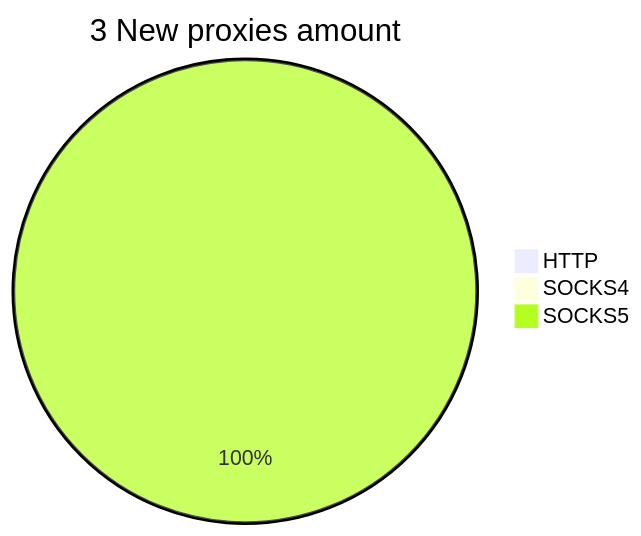
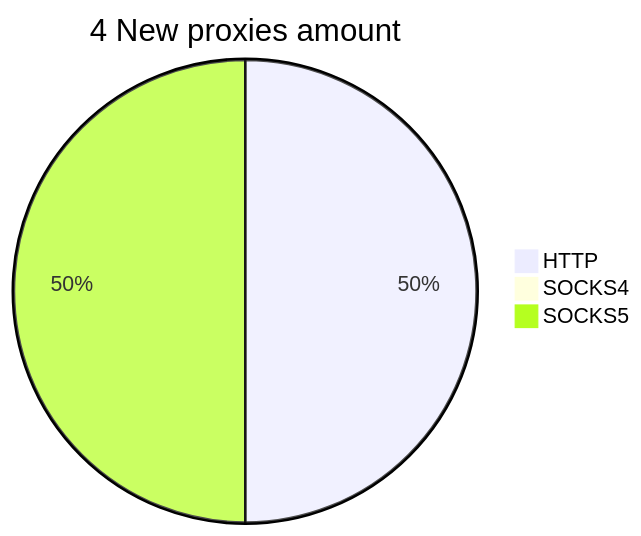
The second of 2 diagrams in README.md (cutipu/proxylist), drawn with Mermaid before and after one commit. The commit also changed other lines of this file, not shown here.

````diff
--- a/README.md
+++ b/README.md
@@ -10,6 +10,6 @@
 ```mermaid
-pie title 3 New proxies amount
-    "HTTP" : 0
+pie title 4 New proxies amount
+    "HTTP" : 2
     "SOCKS4" : 0
-    "SOCKS5" : 3
+    "SOCKS5" : 2
 ```
````
